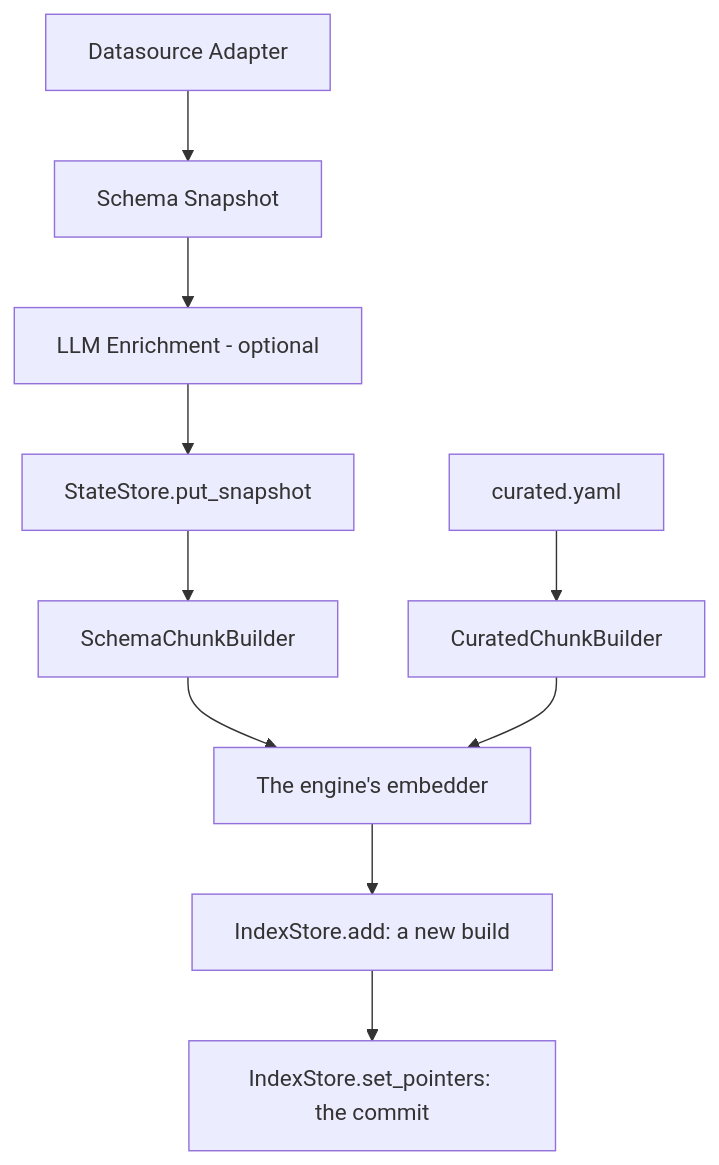
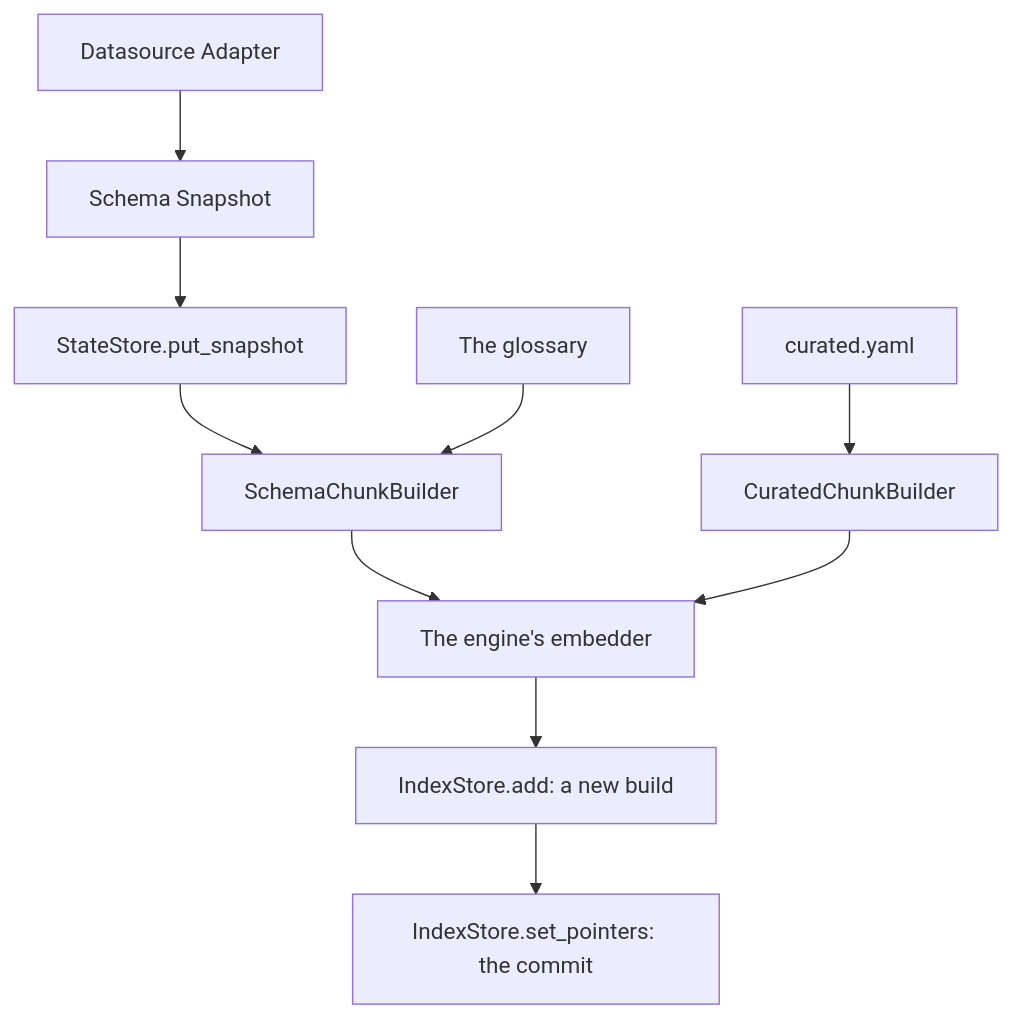
Before and after one commit to nadeem4/nl2sql: the first of 3 diagrams in docs/architecture/indexing.md, drawn with Mermaid. The commit also changed other lines of this file and 55 other files, not shown here.

````diff
--- a/docs/architecture/indexing.md
+++ b/docs/architecture/indexing.md
@@ -7,12 +7,12 @@
 ```mermaid
 flowchart TD
     Adapter[Datasource Adapter] --> Snapshot[Schema Snapshot]
-    Snapshot --> Enrich[LLM Enrichment - optional]
-    Enrich --> Register[StateStore.put_snapshot]
+    Snapshot --> Register[StateStore.put_snapshot]
     Register --> Chunker[SchemaChunkBuilder]
+    Knowledge[The glossary] --> Chunker
     Curated[curated.yaml] --> CChunker[CuratedChunkBuilder]
     Chunker --> Embed[The engine's embedder]
     CChunker --> Embed
     Embed --> Add[IndexStore.add: a new build]
     Add --> Switch[IndexStore.set_pointers: the commit]
 ```
````
